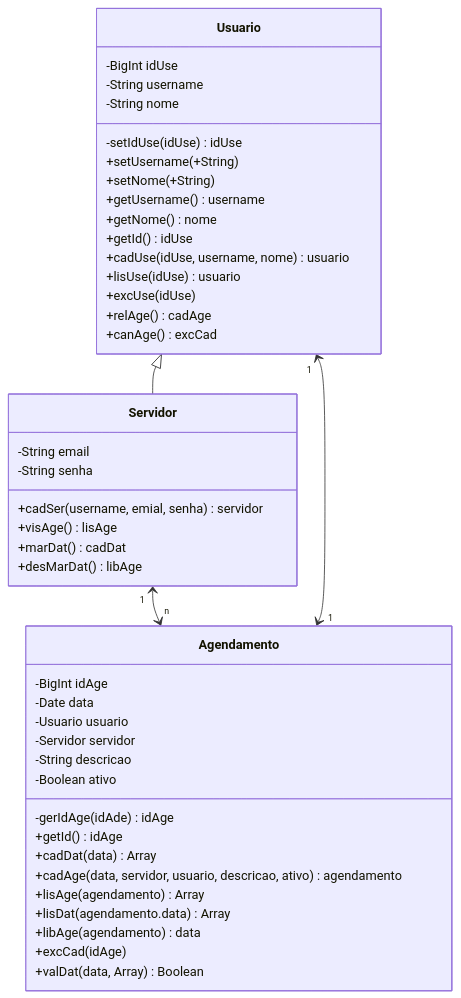
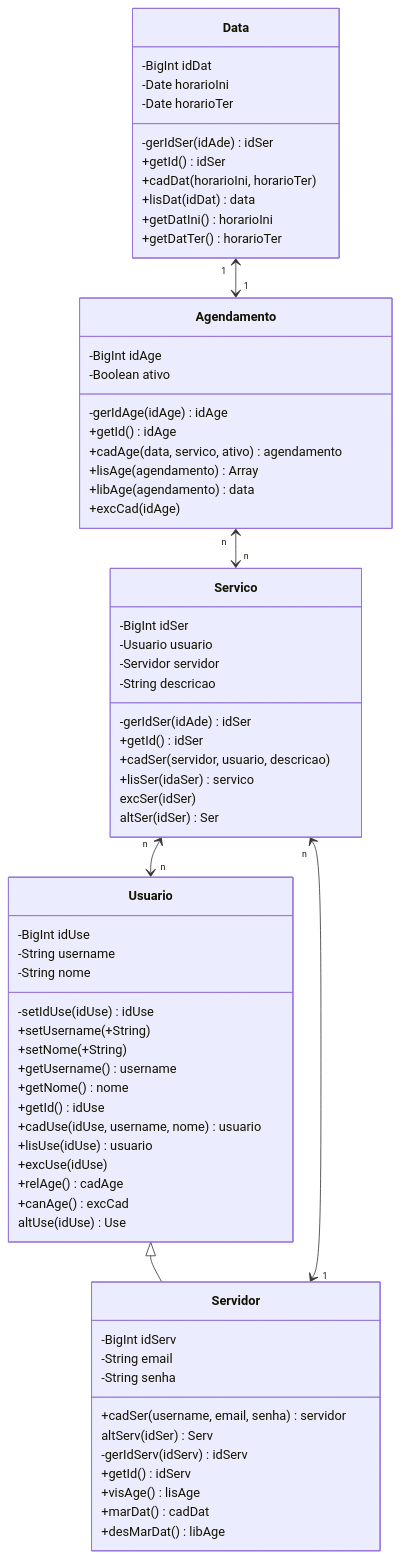
Before and after one commit to Gedsonfa/ScheduleSphere: the diagram in docs/DocumentoModelos.md, drawn with Mermaid.

Commit message:
{update}-Mudança no diagrama de classe

````diff
--- a/docs/DocumentoModelos.md
+++ b/docs/DocumentoModelos.md
@@ -3,49 +3,75 @@
 ```mermaid
 
     classDiagram
     class Servidor
+    Servidor : -BigInt idServ
     Servidor : -String email
     Servidor : -String senha
-    Servidor : +cadSer(username, emial, senha)servidor
+    Servidor : +cadSer(username, email, senha)servidor
+    Servidor: altServ(idSer)Serv
+    Servidor : -gerIdServ(idServ)idServ
+    Servidor : +getId()idServ
     Servidor : +visAge()lisAge
     Servidor : +marDat()cadDat
     Servidor : +desMarDat()libAge
 
     class Agendamento
     Agendamento : -BigInt idAge
-    Agendamento : -Date data
-    Agendamento : -Usuario usuario
-    Agendamento : -Servidor servidor
-    Agendamento : -String descricao
     Agendamento : -Boolean ativo
-    Agendamento : -gerIdAge(idAde)idAge
+    Agendamento : -gerIdAge(idAge)idAge
     Agendamento : +getId()idAge
-    Agendamento : +cadDat(data)Array
-    Agendamento : +cadAge(data, servidor, usuario, descricao, ativo)agendamento
+    Agendamento : +cadAge(data, servico, ativo)agendamento
     Agendamento : +lisAge(agendamento)Array
-    Agendamento : +lisDat(agendamento.data)Array
     Agendamento : +libAge(agendamento)data
     Agendamento : +excCad(idAge)
-    Agendamento : +valDat(data, Array)Boolean
+
 
     class Usuario
     Usuario : -BigInt idUse
     Usuario : -String username
     Usuario : -String nome
     Usuario : -setIdUse(idUse)idUse
     Usuario : +setUsername(+String)
     Usuario : +setNome(+String)
     Usuario : +getUsername()username
     Usuario : +getNome()nome
     Usuario : +getId()idUse
     Usuario : +cadUse(idUse, username, nome)usuario
     Usuario : +lisUse(idUse)usuario
     Usuario : +excUse(idUse)
     Usuario : +relAge()cadAge
     Usuario : +canAge()excCad
+    Usuario: altUse(idUse)Use
+
+    class Servico
+    Servico : -BigInt idSer
+    Servico : -Usuario usuario
+    Servico : -Servidor servidor
+    Servico : -String descricao
+    Servico : -gerIdSer(idAde)idSer
+    Servico : +getId()idSer
+    Servico : +cadSer(servidor, usuario, descricao)
+    Servico : +lisSer(idaSer)servico
+    Servico : excSer(idSer)
+    Servico : altSer(idSer)Ser
+
+
+    class Data
+    Data : -BigInt idDat
+    Data : -Date horarioIni
+    Data : -Date horarioTer
+    Data : -gerIdSer(idAde)idSer
+    Data : +getId()idSer
+    Data : +cadDat(horarioIni, horarioTer)
+    Data : +lisDat(idDat)data
+    Data : +getDatIni()horarioIni
+    Data : +getDatTer()horarioTer
+
 
     Usuario <|-- Servidor
-    Servidor "1" <--> "n" Agendamento
-    Usuario "1" <--> "1" Agendamento
+    Servico "n" <--> "1" Servidor
+    Servico "n" <--> "n" Usuario
+    Data "1" <--> "1" Agendamento
+    Agendamento "n" <--> "n" Servico
 
 ```
````
